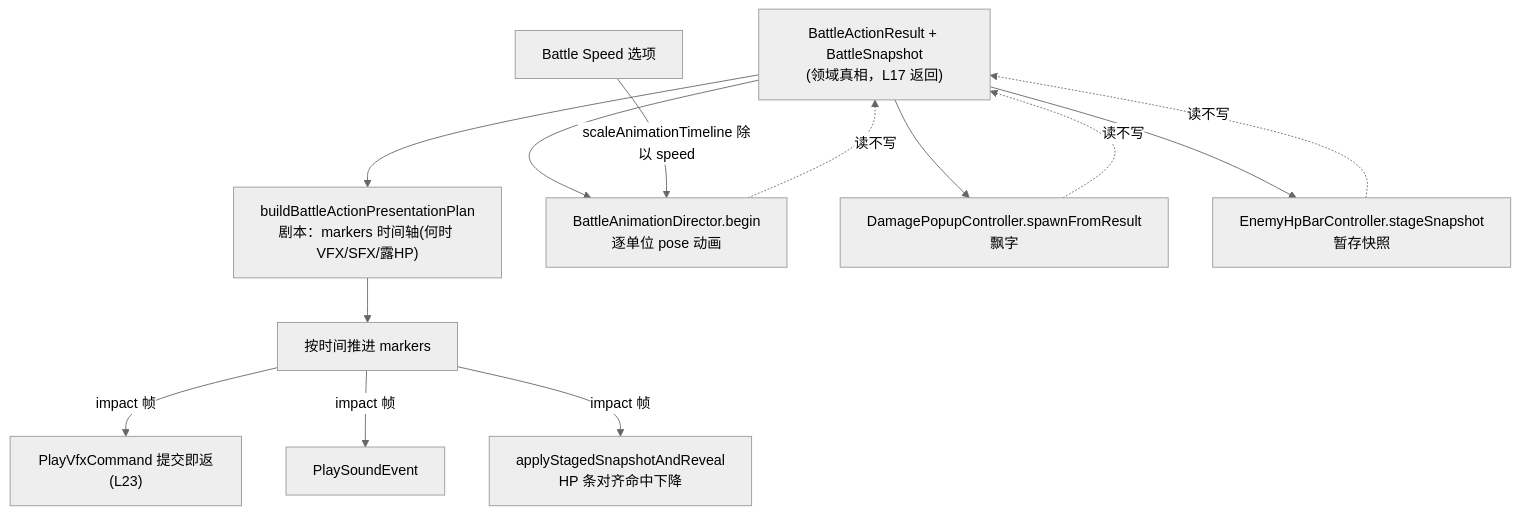
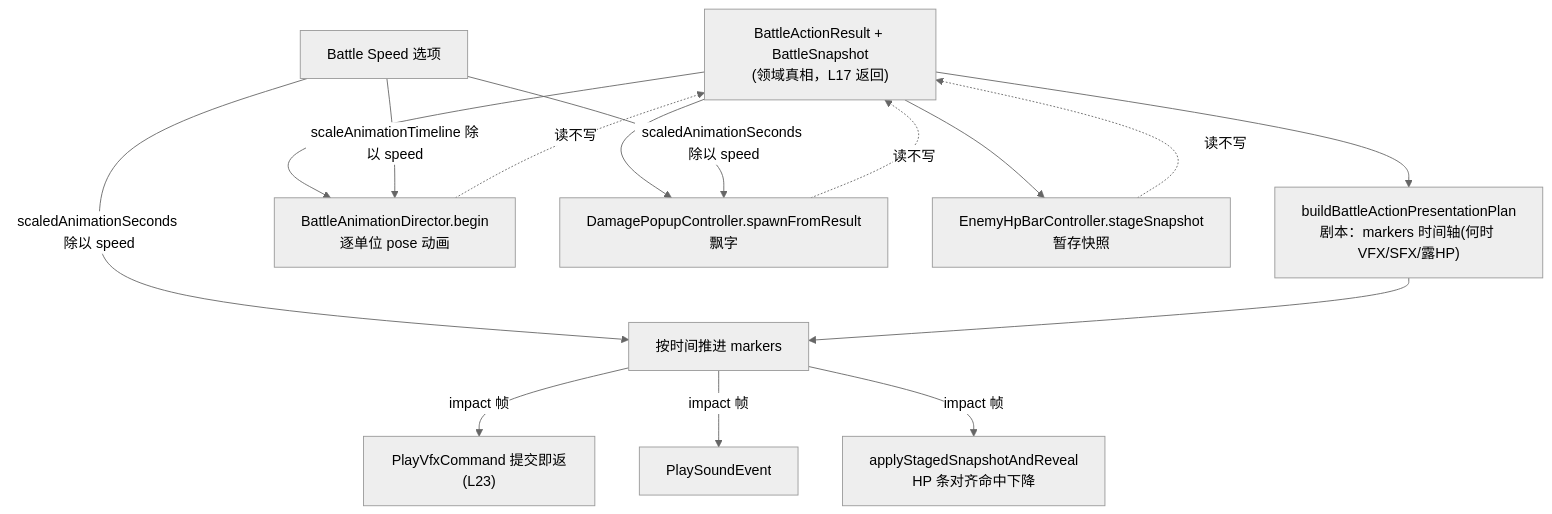
Before and after one commit to WispSnow/TinyFarmRPG: the diagram in lecture_plans/lectures/19-战斗表现与动画导演.md, drawn with Mermaid (neutral theme). The commit also changed other lines of this file and 15 other files, not shown here.

````diff
--- a/lecture_plans/lectures/19-战斗表现与动画导演.md
+++ b/lecture_plans/lectures/19-战斗表现与动画导演.md
@@ -32,20 +32,22 @@
 ```mermaid
 flowchart TD
     RESULT["BattleActionResult + BattleSnapshot<br/>(领域真相，L17 返回)"]
 
     RESULT --> PLAN["buildBattleActionPresentationPlan<br/>剧本：markers 时间轴(何时 VFX/SFX/露HP)"]
     RESULT --> DIR["BattleAnimationDirector.begin<br/>逐单位 pose 动画"]
     RESULT --> POP["DamagePopupController.spawnFromResult<br/>飘字"]
     RESULT --> HPSTAGE["EnemyHpBarController.stageSnapshot<br/>暂存快照"]
 
     SPEED["Battle Speed 选项"] -->|"scaleAnimationTimeline 除以 speed"| DIR
+    SPEED -->|"scaledAnimationSeconds 除以 speed"| SCHED
+    SPEED -->|"scaledAnimationSeconds 除以 speed"| POP
 
     PLAN --> SCHED["按时间推进 markers"]
     SCHED -->|impact 帧| VFX["PlayVfxCommand 提交即返(L23)"]
     SCHED -->|impact 帧| SFX["PlaySoundEvent"]
     SCHED -->|impact 帧| HPREVEAL["applyStagedSnapshotAndReveal<br/>HP 条对齐命中下降"]
 
     DIR -.读不写.-> RESULT
     POP -.读不写.-> RESULT
     HPSTAGE -.读不写.-> RESULT
 ```
````
